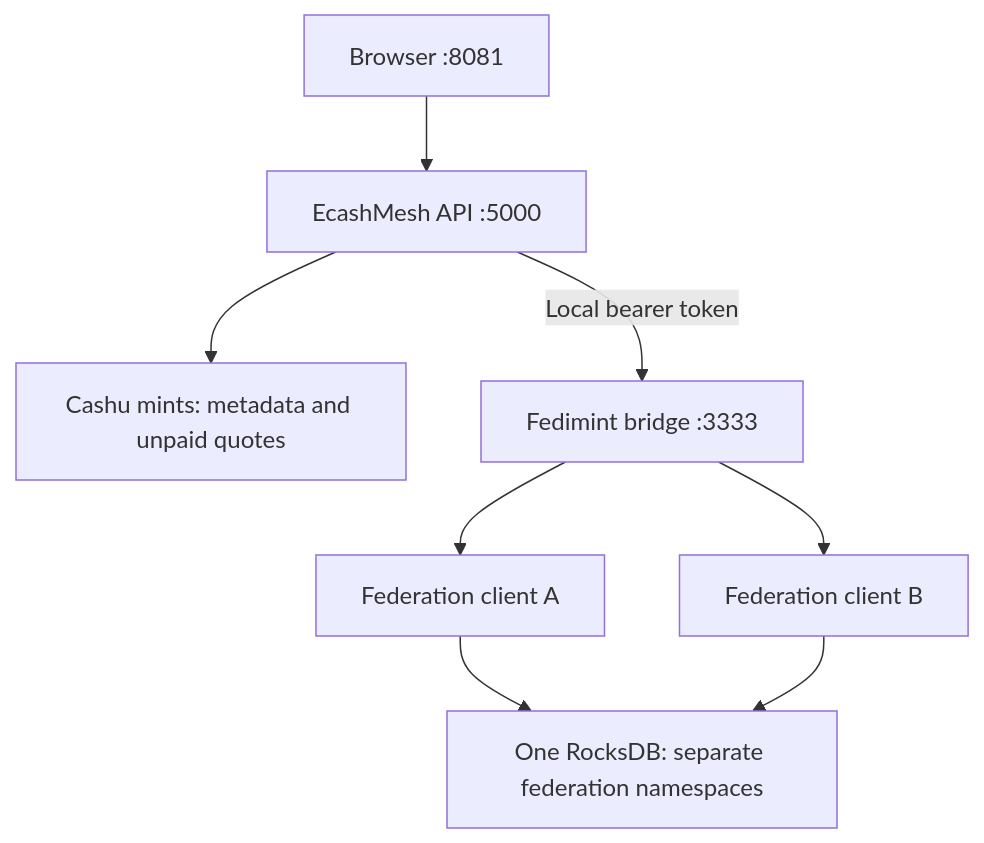
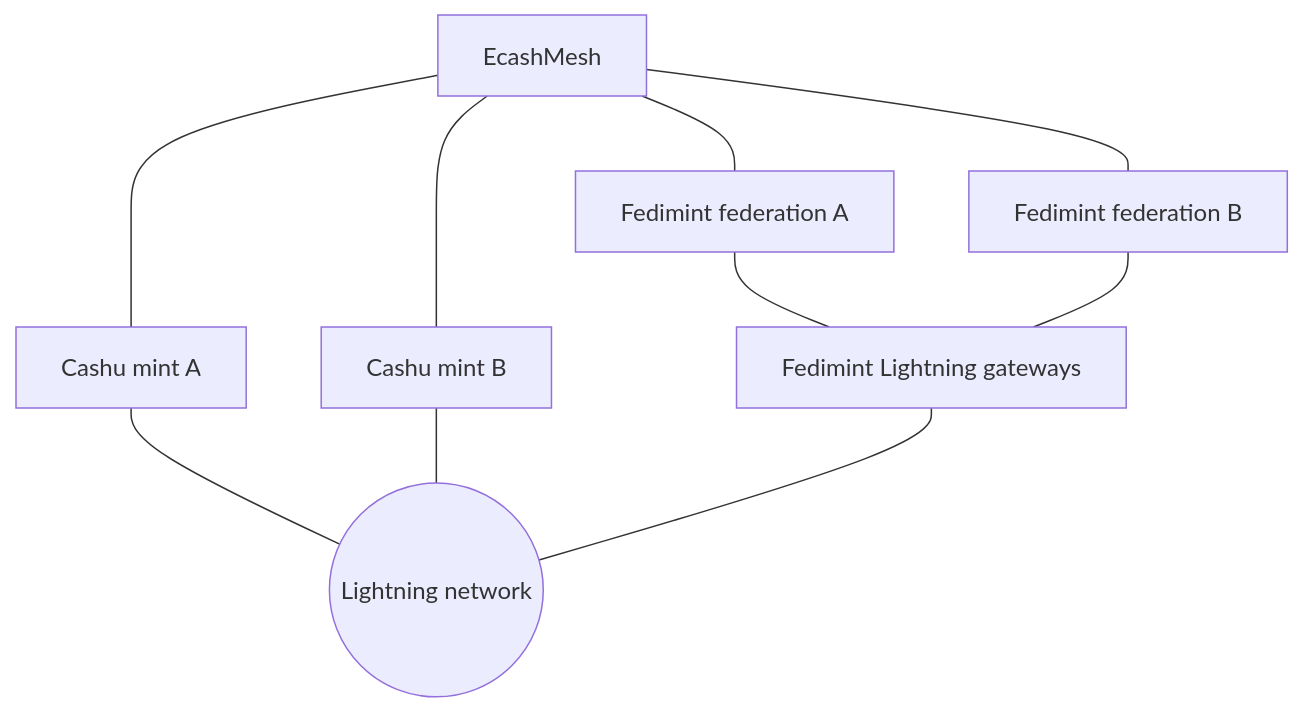
The first of 2 diagrams in README.md (bansalayush247/ecashmesh), drawn with Mermaid before and after one commit. The commit also changed other lines of this file and 6 other files, not shown here.

````diff
--- a/README.md
+++ b/README.md
@@ -73,10 +23,7 @@
 ```mermaid
 flowchart TD
-    Browser[Browser :8081] --> API[EcashMesh API :5000]
-    API --> Cashu[Cashu mints: metadata and unpaid quotes]
-    API -->|Local bearer token| Bridge[Fedimint bridge :3333]
-    Bridge --> A[Federation client A]
-    Bridge --> B[Federation client B]
-    A --> DB[One RocksDB: separate federation namespaces]
-    B --> DB
+    EM[EcashMesh]
+    EM --- CA[Cashu mint A] & CB[Cashu mint B] & FA[Fedimint federation A] & FB[Fedimint federation B]
+    CA & CB --- LN((Lightning network))
+    FA & FB --- GW[Fedimint Lightning gateways] --- LN
 ```
````
